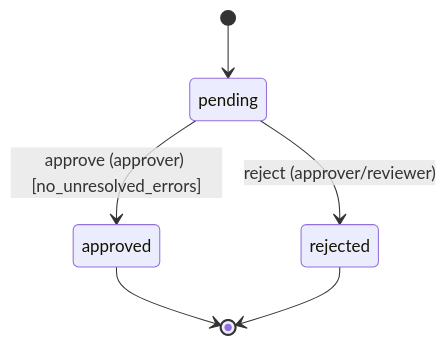
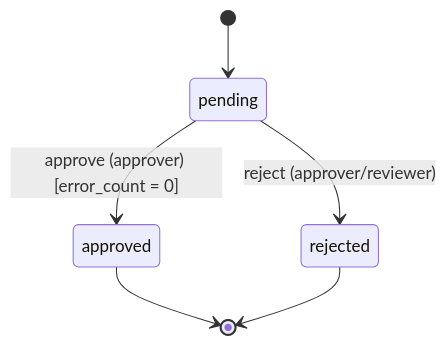
Before and after one commit to ConceptPending/flatpack-invoice-review-example: the diagram in docs/specs/batch-lifecycle.md, drawn with Mermaid. The commit also changed other lines of this file and 9 other files, not shown here.

````diff
--- a/docs/specs/batch-lifecycle.md
+++ b/docs/specs/batch-lifecycle.md
@@ -7,9 +7,9 @@
 ```mermaid
 stateDiagram-v2
     %% Batch review lifecycle
     [*] --> pending
-    pending --> approved: approve (approver) [no_unresolved_errors]
+    pending --> approved: approve (approver) [error_count = 0]
     pending --> rejected: reject (approver/reviewer)
     approved --> [*]
     rejected --> [*]
 ```
````
